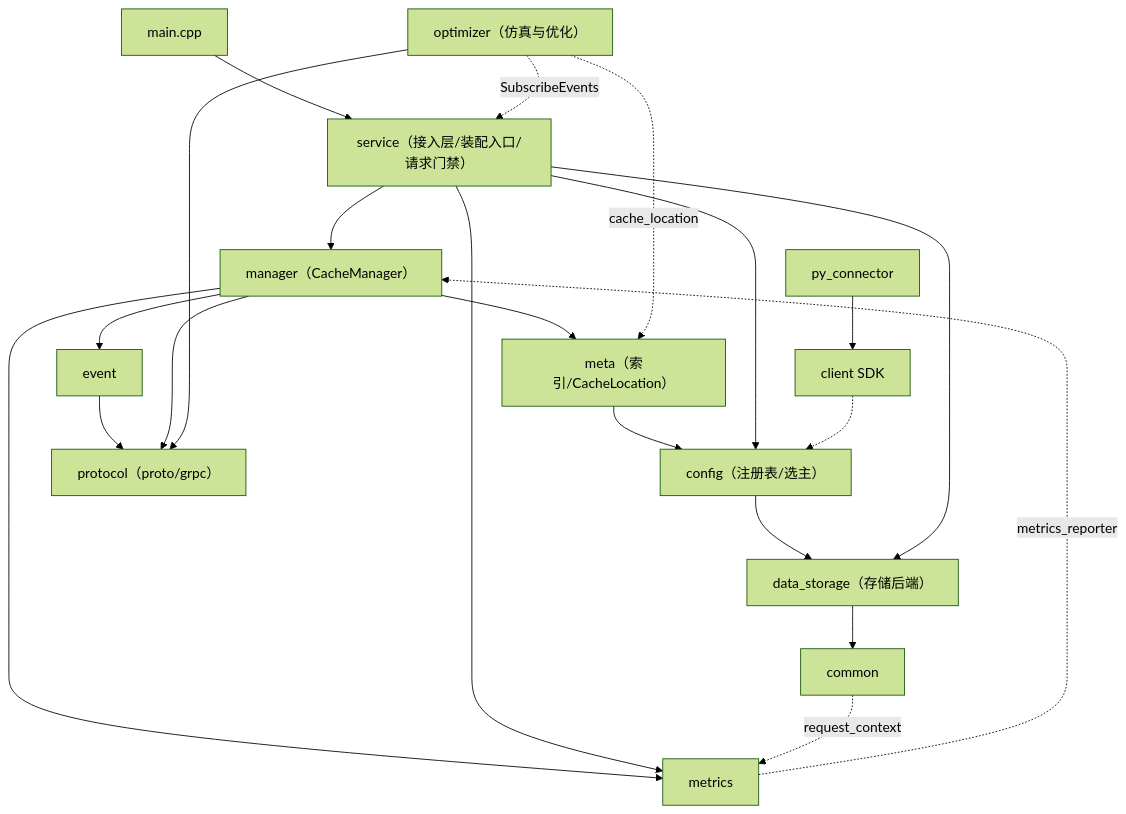
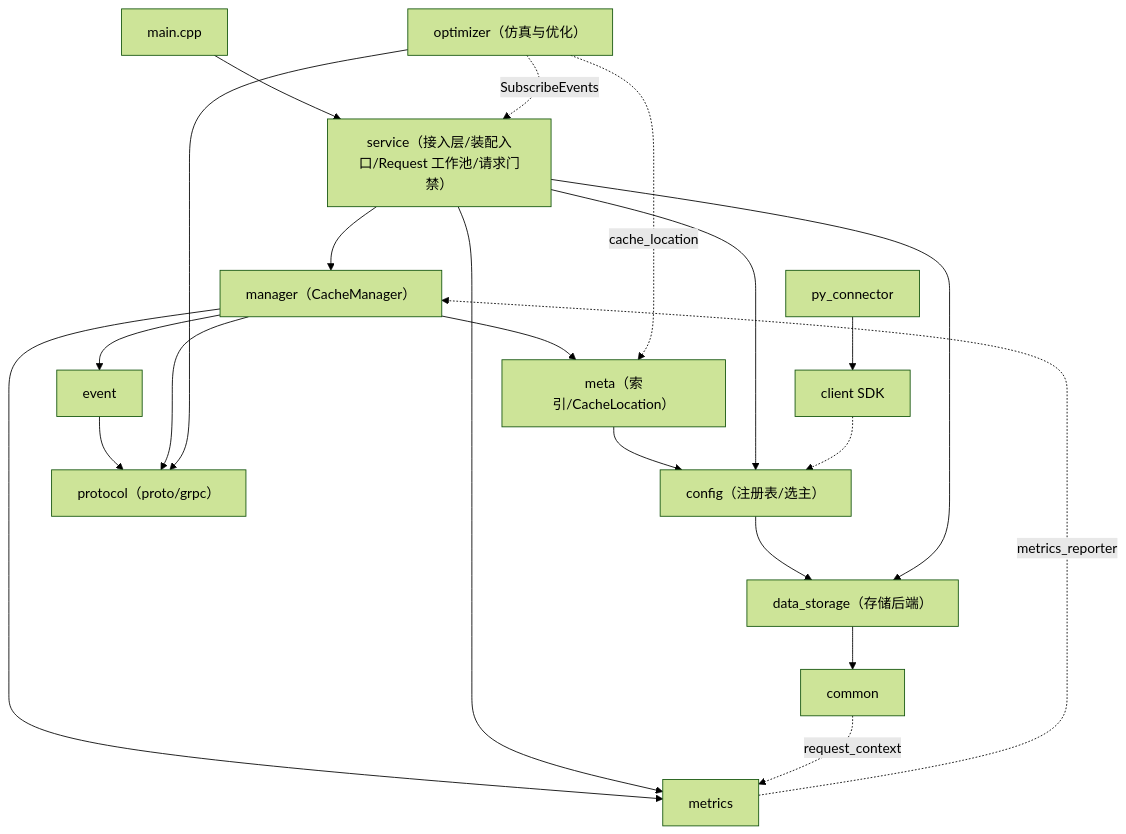
Before and after one commit to alibaba/tair-kvcache: the diagram in AGENTS.md, drawn with Mermaid (forest theme). The commit also changed 44 other files, not shown here.

````diff
--- a/AGENTS.md
+++ b/AGENTS.md
@@ -13,28 +13,28 @@
 ```mermaid
 flowchart TD
-    main["main.cpp"] --> service["service（接入层/装配入口/请求门禁）"]
+    main["main.cpp"] --> service["service（接入层/装配入口/Request 工作池/请求门禁）"]
     service --> manager["manager（CacheManager）"]
     manager --> meta["meta（索引/CacheLocation）"]
     meta --> config["config（注册表/选主）"]
     config --> data_storage["data_storage（存储后端）"]
     data_storage --> common["common"]
 
     manager --> event["event"]
     event --> protocol["protocol（proto/grpc）"]
     manager --> metrics["metrics"]
     service --> metrics
     service --> config
     service --> data_storage
     manager --> protocol
 
     %% 有意的反向边（近似环，改动需谨慎）
     common -. request_context .-> metrics
     metrics -. metrics_reporter .-> manager
 
     %% 对外分支与 optimizer
     py_connector["py_connector"] --> client["client SDK"]
     client -.-> config
     optimizer["optimizer（仿真与优化）"] -. cache_location .-> meta
     optimizer --> protocol
     optimizer -. SubscribeEvents .-> service
 ```
````
